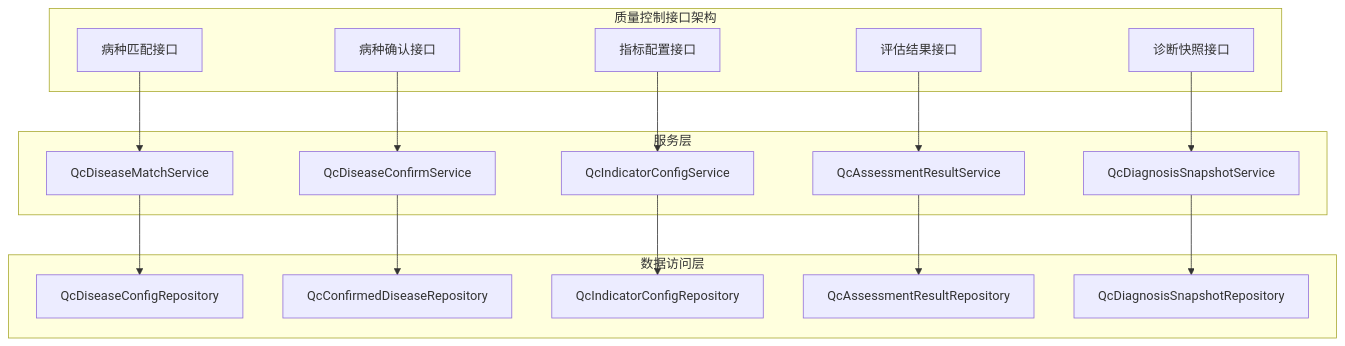
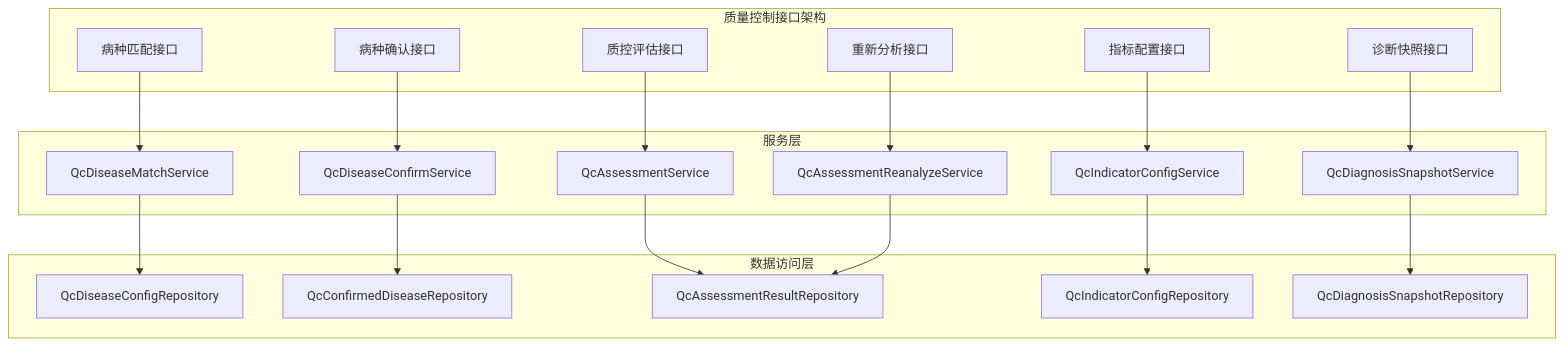
Diagram 15 of 19 in .qoder/repowiki/zh/content/Update Summary/Update Summary.md (liuzh2008/med_ai_assistant_workspace), drawn with Mermaid before and after one commit. The commit also changed other lines of this file and 5 other files, not shown here.

````diff
--- a/.qoder/repowiki/zh/content/Update Summary/Update Summary.md
+++ b/.qoder/repowiki/zh/content/Update Summary/Update Summary.md
@@ -863,34 +1002,38 @@
 ```mermaid
 graph TB
 subgraph "质量控制接口架构"
 DiseaseMatch[病种匹配接口]
 DiseaseConfirm[病种确认接口]
+Assessment[质控评估接口]
+AssessmentReanalyze[重新分析接口]
 IndicatorConfig[指标配置接口]
-AssessmentResult[评估结果接口]
 DiagnosisSnapshot[诊断快照接口]
 end
 subgraph "数据访问层"
 DiseaseRepository[QcDiseaseConfigRepository]
 DiseaseConfirmRepository[QcConfirmedDiseaseRepository]
+AssessmentRepository[QcAssessmentResultRepository]
 IndicatorRepository[QcIndicatorConfigRepository]
-AssessmentRepository[QcAssessmentResultRepository]
 SnapshotRepository[QcDiagnosisSnapshotRepository]
 end
 subgraph "服务层"
 DiseaseMatchService[QcDiseaseMatchService]
 DiseaseConfirmService[QcDiseaseConfirmService]
+AssessmentService[QcAssessmentService]
+AssessmentReanalyzeService[QcAssessmentReanalyzeService]
 IndicatorService[QcIndicatorConfigService]
-AssessmentService[QcAssessmentResultService]
 SnapshotService[QcDiagnosisSnapshotService]
 end
 DiseaseMatch --> DiseaseMatchService
 DiseaseConfirm --> DiseaseConfirmService
+Assessment --> AssessmentService
+AssessmentReanalyze --> AssessmentReanalyzeService
 IndicatorConfig --> IndicatorService
-AssessmentResult --> AssessmentService
 DiagnosisSnapshot --> SnapshotService
 DiseaseMatchService --> DiseaseRepository
 DiseaseConfirmService --> DiseaseConfirmRepository
+AssessmentService --> AssessmentRepository
+AssessmentReanalyzeService --> AssessmentRepository
 IndicatorService --> IndicatorRepository
-AssessmentService --> AssessmentRepository
 SnapshotService --> SnapshotRepository
 ```
````
